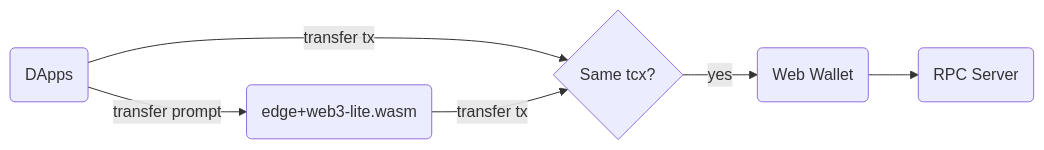
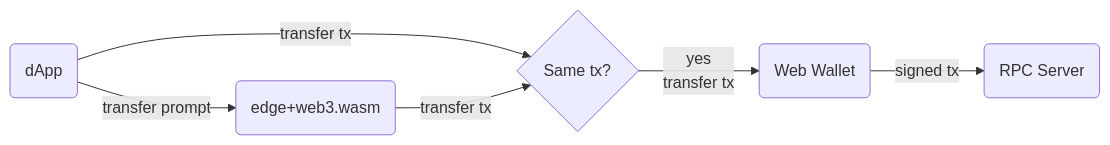
The fourth of 4 diagrams in README.md (gist-rs/tx-builder-wasm), drawn with Mermaid before and after one commit. The commit also changed other lines of this file, not shown here.

Commit message:
more diagram, logo

````diff
--- a/README.md
+++ b/README.md
@@ -31,5 +40,5 @@
-  ```mermaid
-  graph LR
-      A(DApps+web3-lite.wasm) -- transfer tx --> C{Cross check}
-      A(DApps) -- transfer prompt --> B(edge+web3-lite.wasm) -- transfer tx --> C{Same tcx?} -- yes --> Y(Web Wallet) --> Z(RPC Server)
-  ```
+```mermaid
+graph LR
+    A(dApp+web3.wasm) -- transfer tx --> C{Cross check}
+    A(dApp) -- transfer prompt --> B(edge+web3.wasm) -- transfer tx --> C{Same tx?} -- yes\ntransfer tx --> Y(Web Wallet) -- signed tx --> Z(RPC Server)
+```
````
